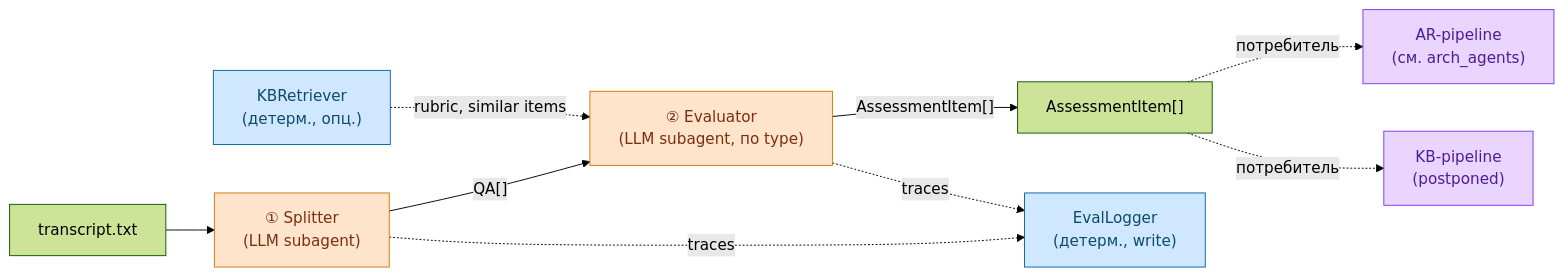
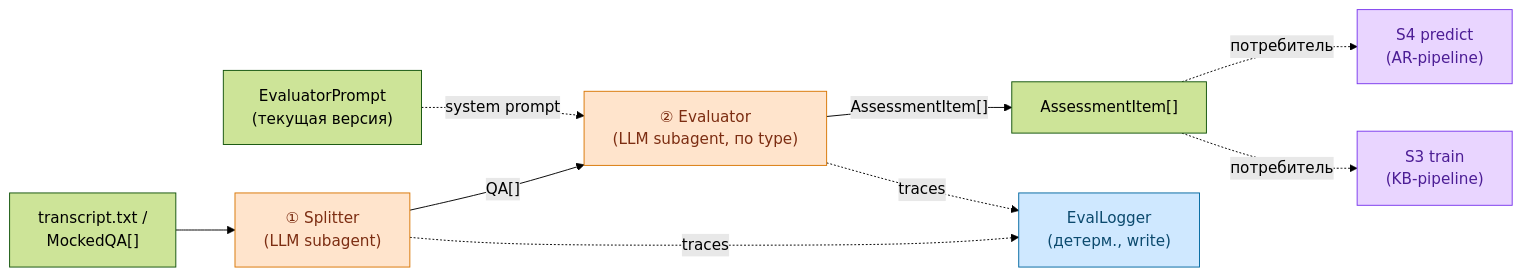
Before and after one commit to margomrkv/interview-debrief-assistant: the diagram in md/arch_pipeline.md, drawn with Mermaid (forest theme). The commit also changed other lines of this file and 3 other files, not shown here.

````diff
--- a/md/arch_pipeline.md
+++ b/md/arch_pipeline.md
@@ -32,18 +33,18 @@
 ```mermaid
 flowchart LR
-    TR["transcript.txt"] --> ST1["① Splitter<br/>(LLM subagent)"]
+    TR["transcript.txt /<br/>MockedQA[]"] --> ST1["① Splitter<br/>(LLM subagent)"]
     ST1 -- "QA[]" --> ST2["② Evaluator<br/>(LLM subagent, по type)"]
-    KBR["KBRetriever<br/>(детерм., опц.)"] -. "rubric, similar items" .-> ST2
+    PROMPT["EvaluatorPrompt<br/>(текущая версия)"] -. "system prompt" .-> ST2
     ST2 -- "AssessmentItem[]" --> OUT["AssessmentItem[]"]
-    OUT -. "потребитель" .-> AR["AR-pipeline<br/>(см. arch_agents)"]
-    OUT -. "потребитель" .-> KB["KB-pipeline<br/>(postponed)"]
+    OUT -. "потребитель" .-> S4["S4 predict<br/>(AR-pipeline)"]
+    OUT -. "потребитель" .-> S3["S3 train<br/>(KB-pipeline)"]
     LOG["EvalLogger<br/>(детерм., write)"]
     ST1 & ST2 -. "traces" .-> LOG
 
     classDef agent fill:#ffe4cc,stroke:#d97706,color:#7c2d12
     classDef deterministic fill:#cfe8ff,stroke:#0369a1,color:#0c4a6e
     classDef consumer fill:#e9d5ff,stroke:#7c3aed,color:#4c1d95
     class ST1,ST2 agent
-    class KBR,LOG deterministic
-    class AR,KB consumer
+    class LOG deterministic
+    class S3,S4 consumer
 ```
````
